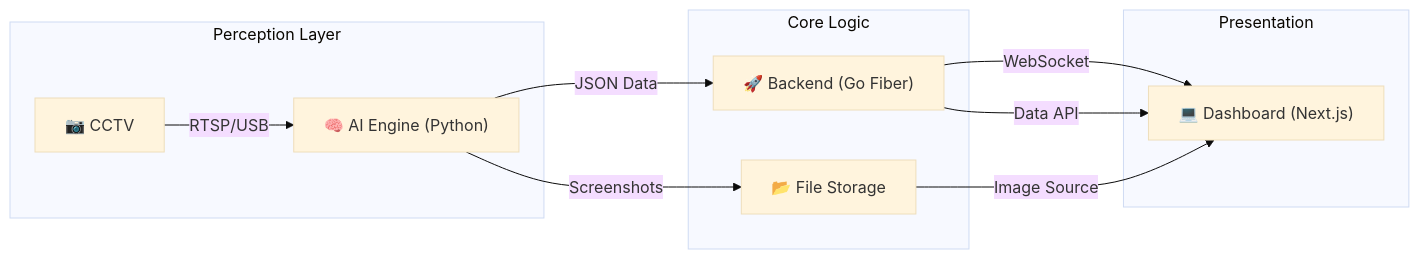
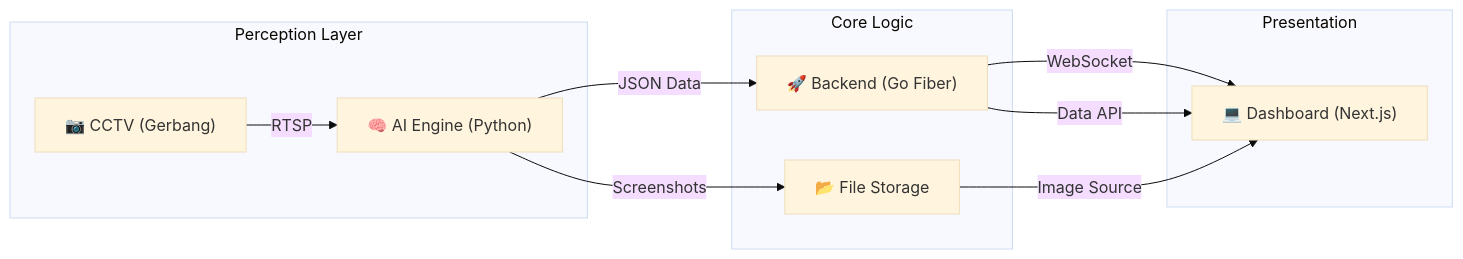
The second of 2 diagrams in README.md (yhyaa294/sirapi-by-smanero), drawn with Mermaid (base theme) before and after one commit. The commit also changed other lines of this file and 187 other files, not shown here.

````diff
--- a/README.md
+++ b/README.md
@@ -98,17 +97,17 @@
 ```mermaid
 graph LR
     subgraph "Perception Layer"
-        CAM["📷 CCTV"] -->|RTSP/USB| AI["🧠 AI Engine (Python)"]
+        CAM["📷 CCTV (Gerbang)"] -->|RTSP| AI["🧠 AI Engine (Python)"]
     end
 
     subgraph "Core Logic"
         AI -->|JSON Data| API["🚀 Backend (Go Fiber)"]
         AI -->|Screenshots| STATIC["📂 File Storage"]
     end
 
     subgraph "Presentation"
         API -->|WebSocket| UI["💻 Dashboard (Next.js)"]
         API -->|Data API| UI
         STATIC -->|Image Source| UI
     end
 ```
````
